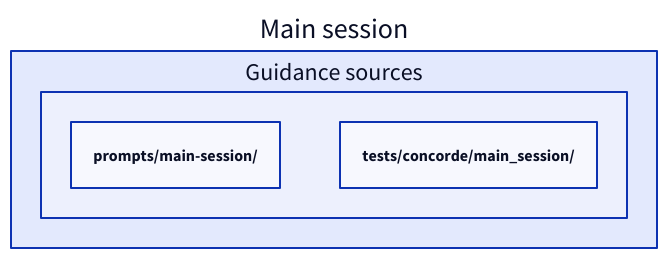
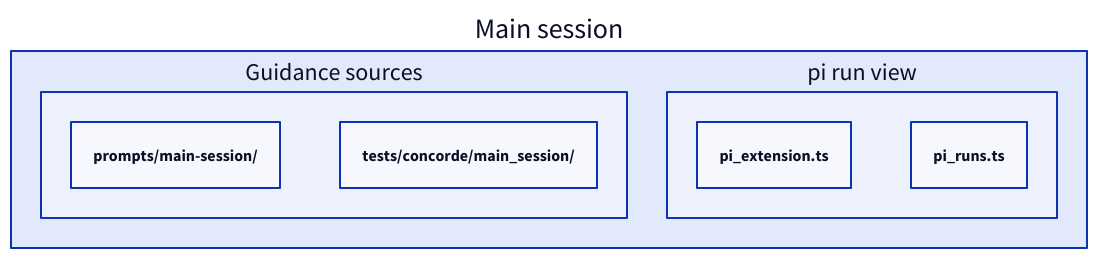
Before and after one commit to FTOD/concorde: the second of 3 diagrams in specs/concorde/main-session/module.md, drawn with D2. The commit also changed other lines of this file and 27 other files, not shown here.

````diff
--- a/specs/concorde/main-session/module.md
+++ b/specs/concorde/main-session/module.md
@@ -114,8 +132,12 @@
 ```d2
 mainsession: Main session {
   guidance: Guidance sources {
     "prompts/main-session/"
     "tests/concorde/main_session/"
   }
+  view: pi run view {
+    "pi_extension.ts"
+    "pi_runs.ts"
+  }
 }
 ```
````
